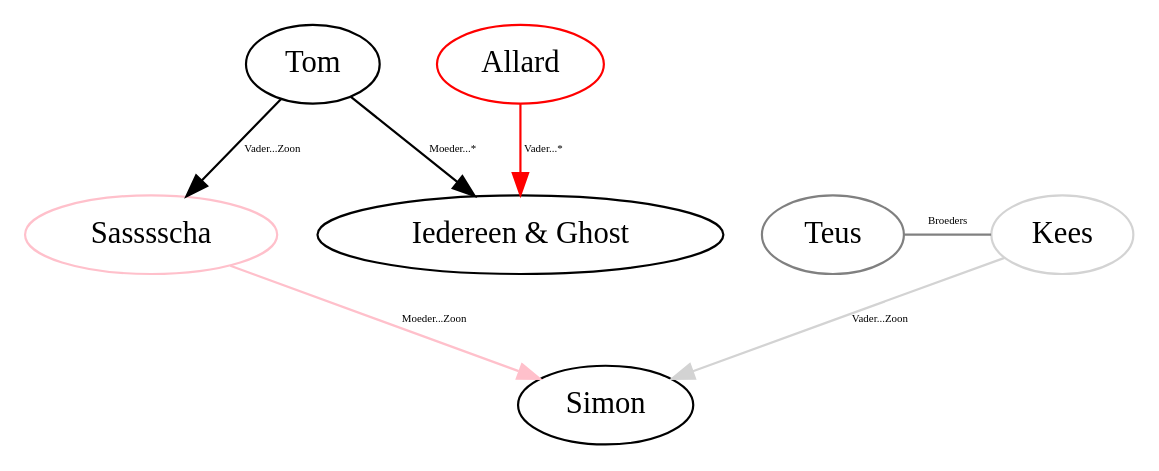
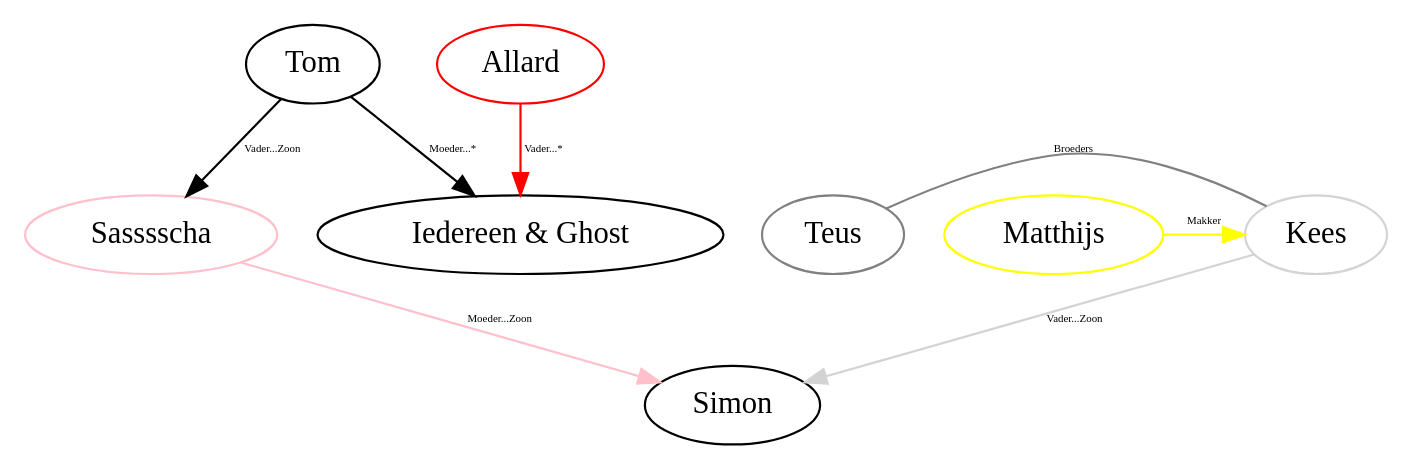
Before and after one commit to Abyss-mal-Graphics/Graphs.dot: the diagram in graphs/family.dot, drawn with Graphviz.

Commit message:
Matthijs toegevoegd
Matthijs = Makker van Kees

```diff
--- a/graphs/family.dot
+++ b/graphs/family.dot
@@ -1,48 +1,56 @@
 digraph {
     edge [fontsize=5];
     Iedereen [label="Iedereen & Ghost"];
 
     subgraph Zoomers {
         rank = same;
         Kees;
         Teus;
         Sas;
+        Matthijs;
     }
 
     subgraph Millenials {
         rank = same;
         Tom;
         Allard;
     }
 
     subgraph Tom {
         edge [color=black];
         Tom;
         Tom -> Sas [label="Vader...Zoon"];
         Tom->Iedereen [label="Moeder...*"];
     }
 
     subgraph Sas {
         edge [color=pink];
         Sas [color=pink label="Sasssscha"];
         Sas -> Simon [label="Moeder...Zoon"];
     }
 
     subgraph Kees {
         edge [color=lightgrey];
         Kees [color=lightgrey];
         Kees->Simon [label="Vader...Zoon"];
     }
 
     subgraph Teus {
         edge [color=grey];
         Teus [color=grey];
         Teus->Kees [label="Broeders" dir="none"];
     }
 
     subgraph Allard {
         edge [color=red];
         Allard [color=red];
         Allard->Iedereen [label="Vader...*"];
     }
+    
+    subgraph Matthijs{
+        edge [color=yellow];
+        Matthijs [color=yellow];
+        Matthijs->Kees [label="Makker"];
+    
+    }
 }
```
